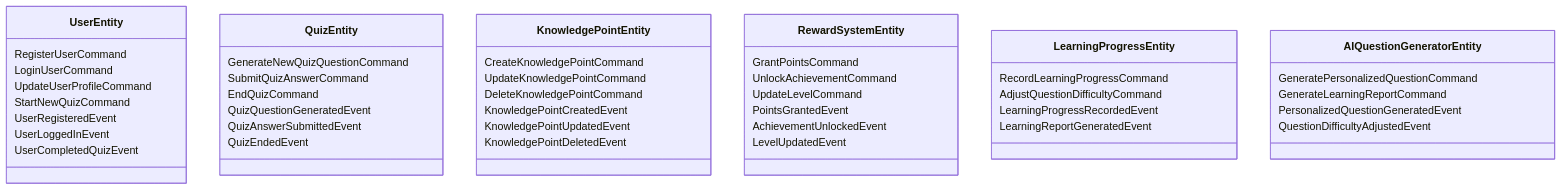
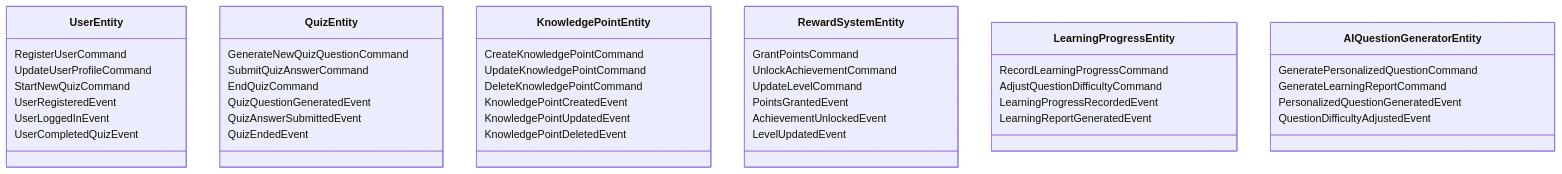
Before and after one commit to zhumeisongsong/blog: the third of 7 diagrams in _posts/2024-10-19-DDD2.md, drawn with Mermaid.

Commit message:
fix: 🐛 remove LoginUserCommand

````diff
--- a/_posts/2024-10-19-DDD2.md
+++ b/_posts/2024-10-19-DDD2.md
@@ -137,54 +137,53 @@
 ```mermaid
 classDiagram
 class User Entity{
   RegisterUserCommand
-  LoginUserCommand
   UpdateUserProfileCommand
   StartNewQuizCommand
   UserRegisteredEvent
   UserLoggedInEvent
   UserCompletedQuizEvent
 }
 
 class Quiz Entity{
   GenerateNewQuizQuestionCommand
   SubmitQuizAnswerCommand
   EndQuizCommand
   QuizQuestionGeneratedEvent
   QuizAnswerSubmittedEvent
   QuizEndedEvent
 }
 
 class KnowledgePoint Entity{
   CreateKnowledgePointCommand
   UpdateKnowledgePointCommand
   DeleteKnowledgePointCommand
   KnowledgePointCreatedEvent
   KnowledgePointUpdatedEvent
   KnowledgePointDeletedEvent
 }
 
 class RewardSystem Entity{
   GrantPointsCommand
   UnlockAchievementCommand
   UpdateLevelCommand
   PointsGrantedEvent
   AchievementUnlockedEvent
   LevelUpdatedEvent
 }
 
 class LearningProgress Entity{
   RecordLearningProgressCommand
   AdjustQuestionDifficultyCommand
   LearningProgressRecordedEvent
   LearningReportGeneratedEvent
 }
 
 class AIQuestionGenerator Entity{
   GeneratePersonalizedQuestionCommand
   GenerateLearningReportCommand
   PersonalizedQuestionGeneratedEvent
   QuestionDifficultyAdjustedEvent
 }
 
 ```
````
